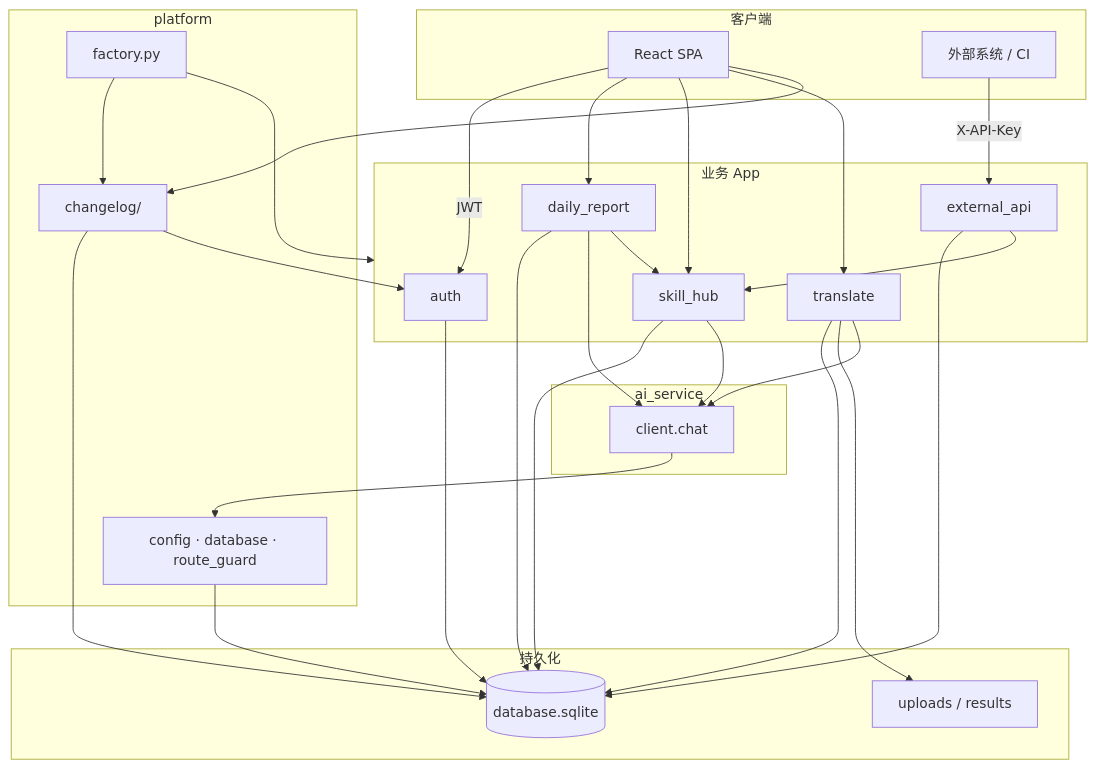
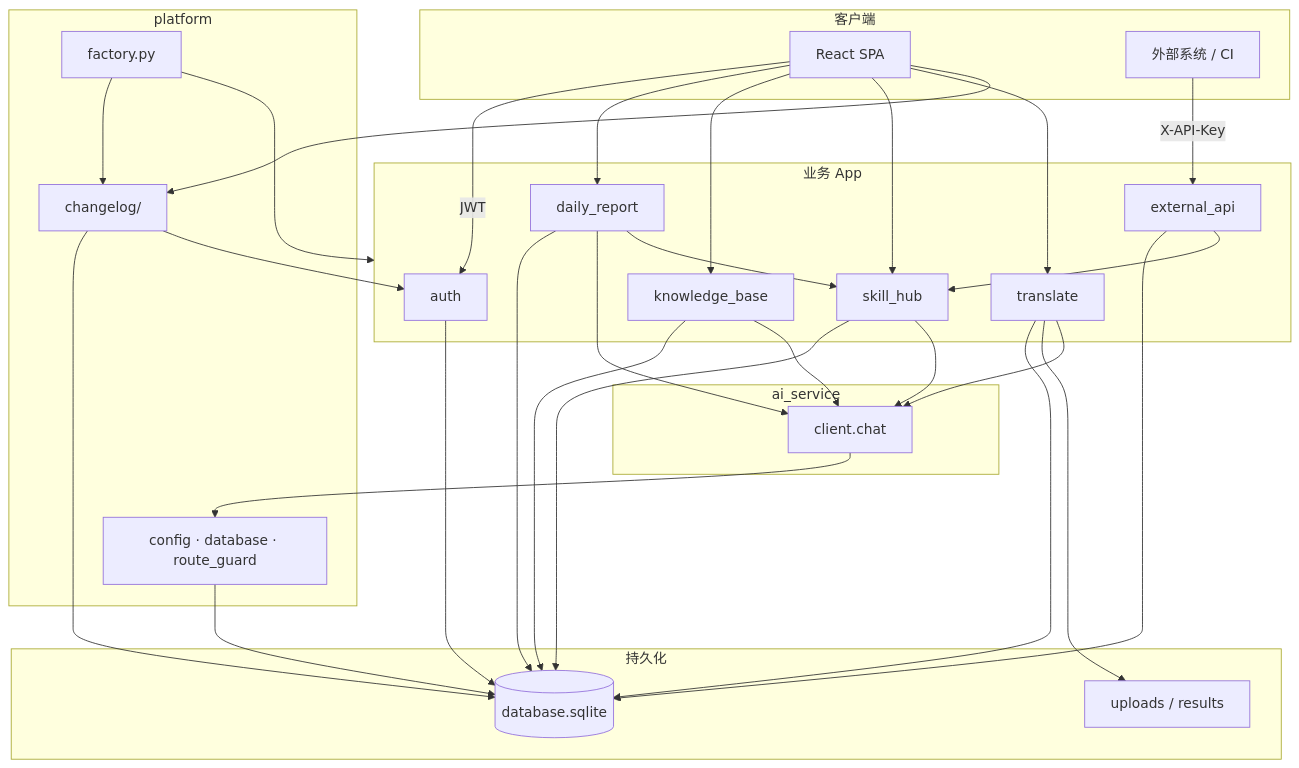
Before and after one commit to StupidArthur/testai_community: the diagram in doc/dev/README.md, drawn with Mermaid. The commit also changed other lines of this file and 151 other files, not shown here.

````diff
--- a/doc/dev/README.md
+++ b/doc/dev/README.md
@@ -44,56 +52,60 @@
 ```mermaid
 flowchart TB
   subgraph Client["客户端"]
     SPA["React SPA"]
     ExtClient["外部系统 / CI"]
   end
 
   subgraph Platform["platform"]
     Factory["factory.py"]
     Infra["config · database · route_guard"]
     Log["changelog/"]
   end
 
   subgraph Apps["业务 App"]
     Auth["auth"]
     Skill["skill_hub"]
     Trans["translate"]
     Daily["daily_report"]
+    KB["knowledge_base"]
     ExtAPI["external_api"]
   end
 
   subgraph AISvc["ai_service"]
     Chat["client.chat"]
   end
 
   subgraph Storage["持久化"]
     SQLite[("database.sqlite")]
     Disk["uploads / results"]
   end
 
   SPA -->|JWT| Auth
   SPA --> Daily
+  SPA --> KB
   SPA --> Skill
   SPA --> Trans
   SPA --> Log
   ExtClient -->|X-API-Key| ExtAPI
 
   Factory --> Apps
   Factory --> Log
   Infra --> SQLite
 
   Auth --> SQLite
   Skill --> SQLite
   Skill --> Chat
   Trans --> SQLite
   Trans --> Disk
   Trans --> Chat
   Log --> SQLite
   Log --> Auth
   ExtAPI --> SQLite
   ExtAPI --> Skill
   Daily --> SQLite
   Daily --> Chat
   Daily --> Skill
+  KB --> SQLite
+  KB --> Chat
   Chat --> Infra
 ```
````
